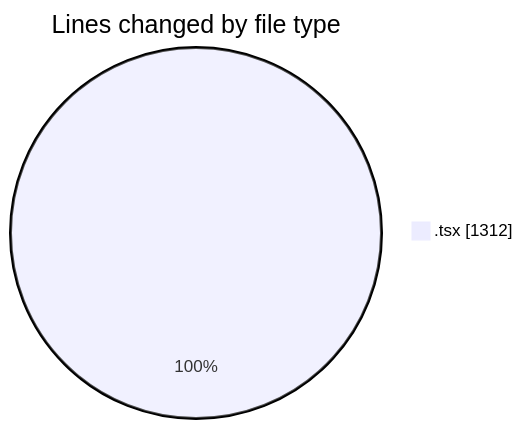
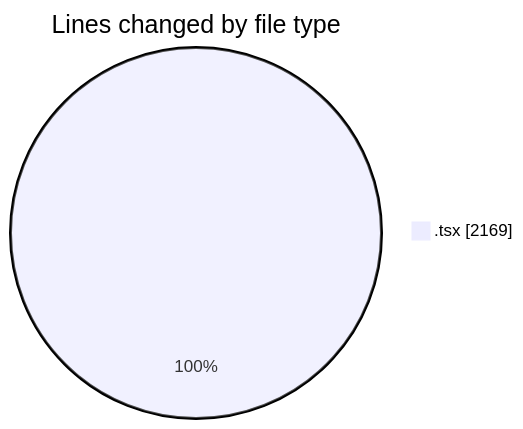
The first of 2 diagrams in 2025-10-13/eventscop-frontend-guide__workspace_/README.md (julien-gomy/code-tracking), drawn with Mermaid before and after one commit. The commit also changed other lines of this file and 1 other file, not shown here.

````diff
--- a/2025-10-13/eventscop-frontend-guide__workspace_/README.md
+++ b/2025-10-13/eventscop-frontend-guide__workspace_/README.md
@@ -24,5 +25,5 @@
 ```mermaid
 pie showData
 title Lines changed by file type
-".tsx" : 1312
+".tsx" : 2169
 ```
````
